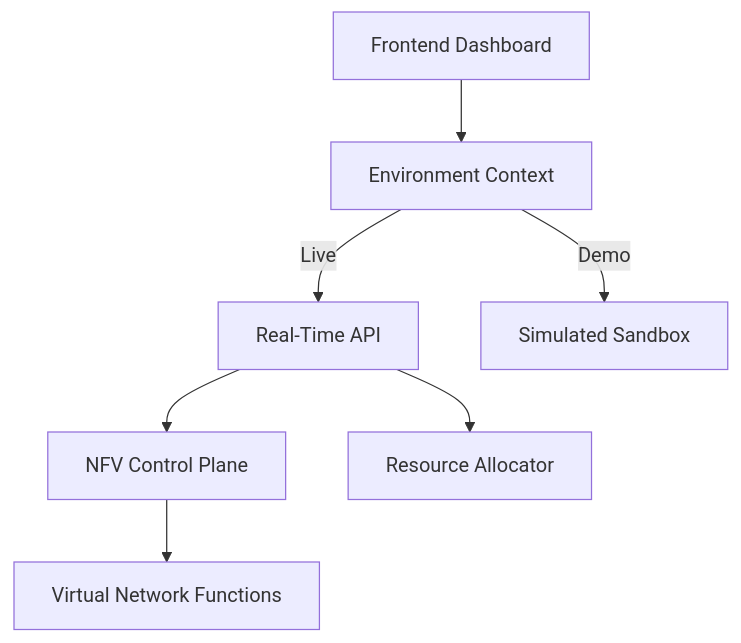
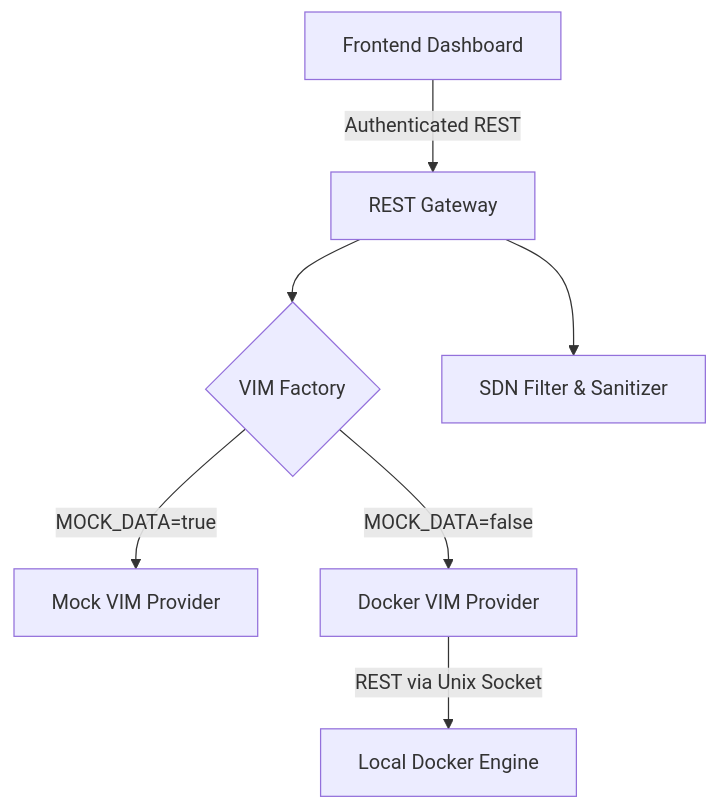
Before and after one commit to Ramius-arch/Network-Function-Virtualization---NFV--Orchestration-Tool: the diagram in README.md, drawn with Mermaid. The commit also changed other lines of this file and 39 other files, not shown here.

````diff
--- a/README.md
+++ b/README.md
@@ -81,9 +81,9 @@
 ```mermaid
 graph TD
-    A[Frontend Dashboard] --> B[Environment Context]
-    B -->|Live| C[Real-Time API]
-    B -->|Demo| D[Simulated Sandbox]
-    C --> E[NFV Control Plane]
-    C --> F[Resource Allocator]
-    E --> G[Virtual Network Functions]
+    A[Frontend Dashboard] -->|Authenticated REST| B[REST Gateway]
+    B --> C{VIM Factory}
+    C -->|MOCK_DATA=true| D[Mock VIM Provider]
+    C -->|MOCK_DATA=false| E[Docker VIM Provider]
+    E -->|REST via Unix Socket| F[Local Docker Engine]
+    B --> G[SDN Filter & Sanitizer]
 ```
````
